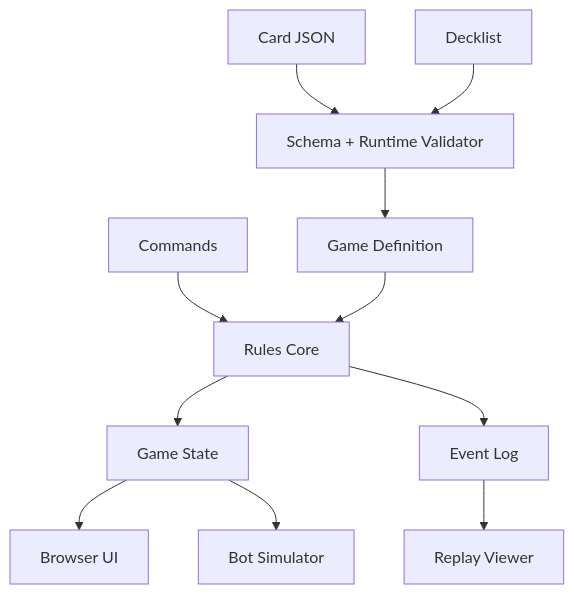
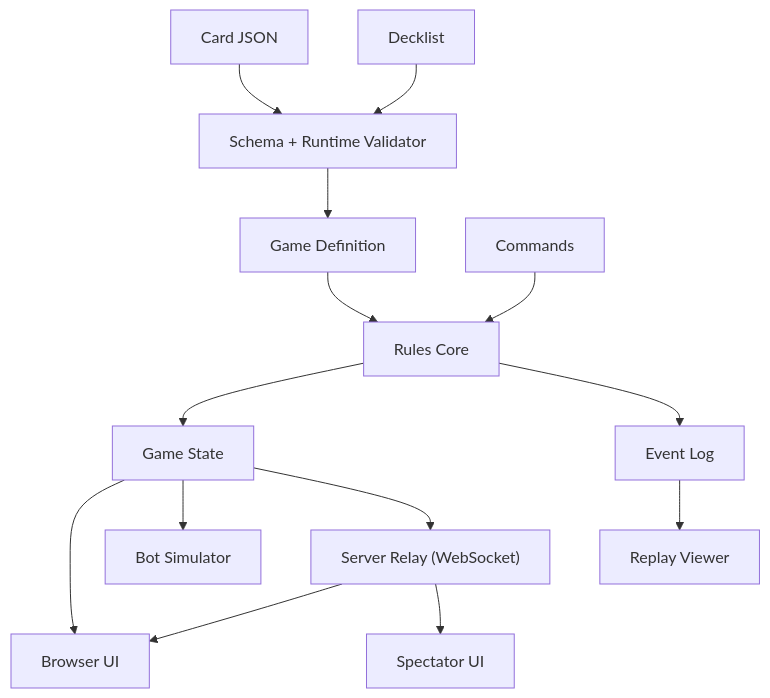
Before and after one commit to pilshub/opencards: the diagram in docs/architecture.md, drawn with Mermaid. The commit also changed other lines of this file and 3 other files, not shown here.

````diff
--- a/docs/architecture.md
+++ b/docs/architecture.md
@@ -23,13 +23,16 @@
 ```mermaid
 flowchart TD
   A["Card JSON"] --> B["Schema + Runtime Validator"]
   C["Decklist"] --> B
   B --> D["Game Definition"]
   E["Commands"] --> F["Rules Core"]
   D --> F
   F --> G["Game State"]
   F --> H["Event Log"]
   G --> I["Browser UI"]
   G --> J["Bot Simulator"]
+  G --> L["Server Relay (WebSocket)"]
+  L --> I["Browser UI"]
+  L --> M["Spectator UI"]
   H --> K["Replay Viewer"]
 ```
````
